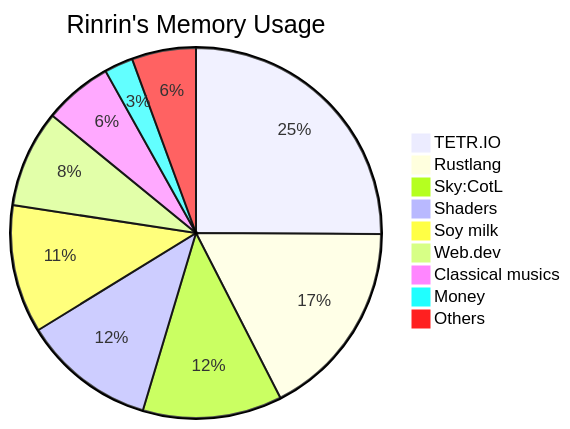
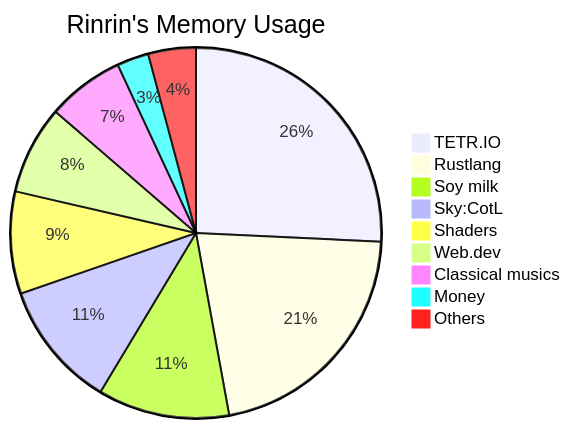
One commit to Rinrin0413/Rinrin0413 changed the diagram in README.md. Above: the diagram before and after it, drawn with Mermaid.

Commit message:
Update:Rinrin's Memory Usage

````diff
--- a/README.md
+++ b/README.md
@@ -74,12 +74,12 @@
 ```mermaid
 pie title Rinrin's Memory Usage
     "TETR.IO": 130
-    "Rustlang": 90
-    "Sky:CotL": 63
-    "Shaders": 60
+    "Rustlang": 108
     "Soy milk": 58
-    "Web.dev": 44
-    "Classical musics": 31
-    "Money": 13
-    "Others": 29
+    "Sky:CotL": 56
+    "Shaders": 45
+    "Web.dev": 39
+    "Classical musics": 34
+    "Money": 14
+    "Others": 21
 ```
````
